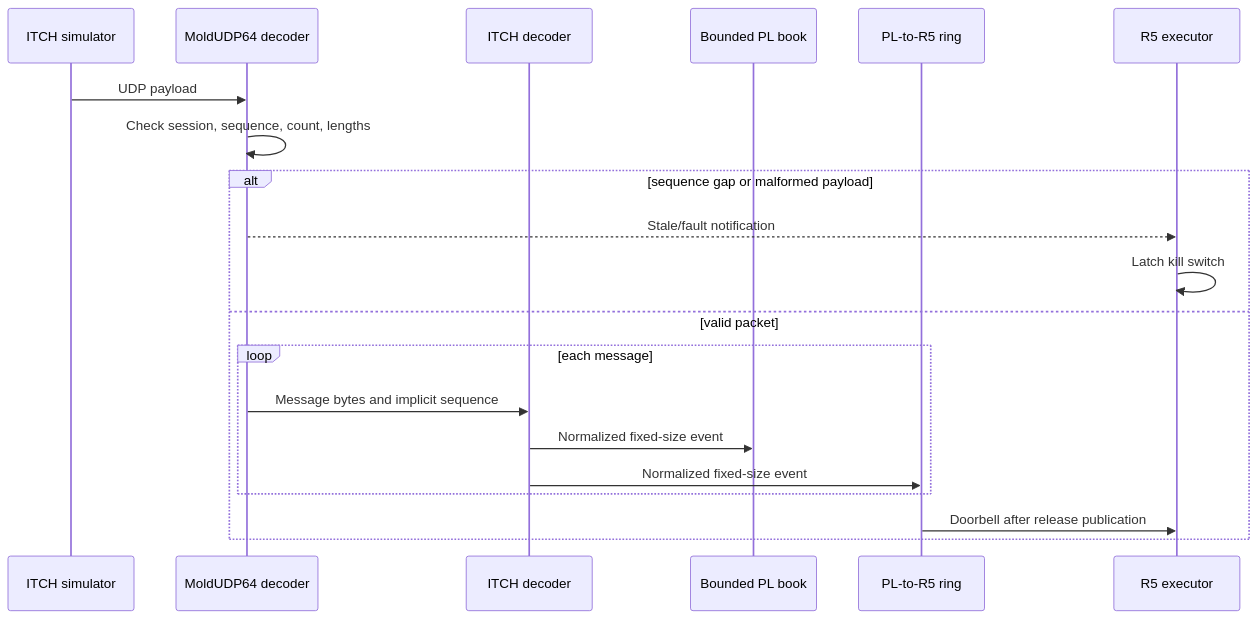
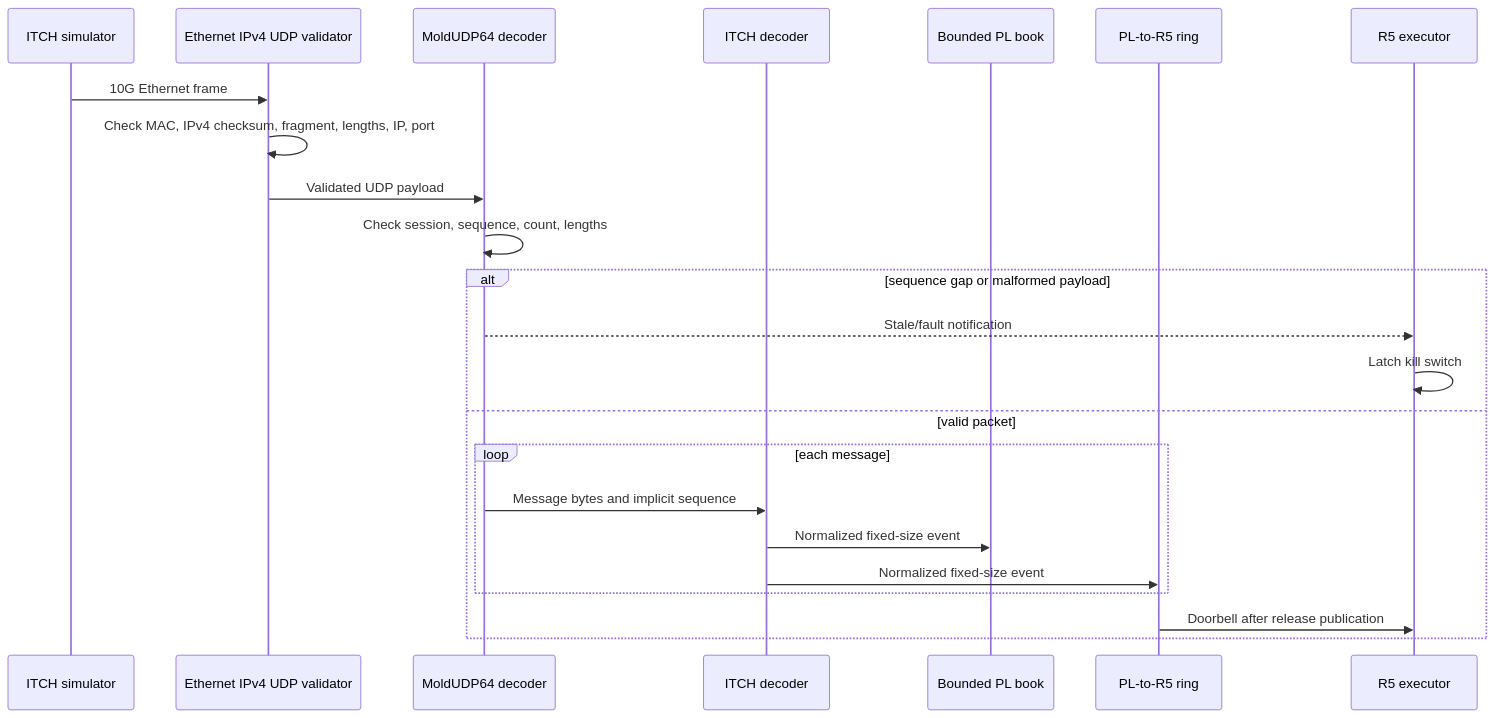
The first of 2 diagrams in docs/architecture/protocol-flow.md (ps-chong/hft-toy-project), drawn with Mermaid before and after one commit. The commit also changed other lines of this file and 37 other files, not shown here.

````diff
--- a/docs/architecture/protocol-flow.md
+++ b/docs/architecture/protocol-flow.md
@@ -13,22 +14,25 @@
 ```mermaid
 sequenceDiagram
     participant Sim as ITCH simulator
+    participant UDP as Ethernet IPv4 UDP validator
     participant Mold as MoldUDP64 decoder
     participant Itch as ITCH decoder
     participant Book as Bounded PL book
     participant Ring as PL-to-R5 ring
     participant Exec as R5 executor
-    Sim->>Mold: UDP payload
+    Sim->>UDP: 10G Ethernet frame
+    UDP->>UDP: Check MAC, IPv4 checksum, fragment, lengths, IP, port
+    UDP->>Mold: Validated UDP payload
     Mold->>Mold: Check session, sequence, count, lengths
     alt sequence gap or malformed payload
         Mold-->>Exec: Stale/fault notification
         Exec->>Exec: Latch kill switch
     else valid packet
         loop each message
             Mold->>Itch: Message bytes and implicit sequence
             Itch->>Book: Normalized fixed-size event
             Itch->>Ring: Normalized fixed-size event
         end
         Ring->>Exec: Doorbell after release publication
     end
 ```
````
